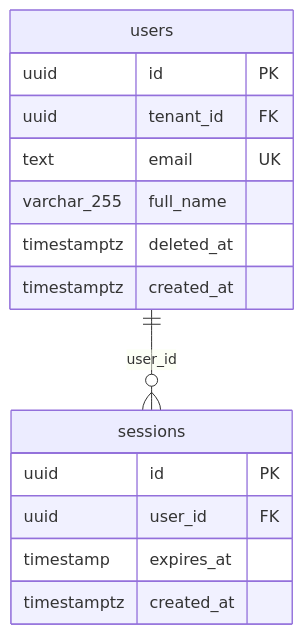
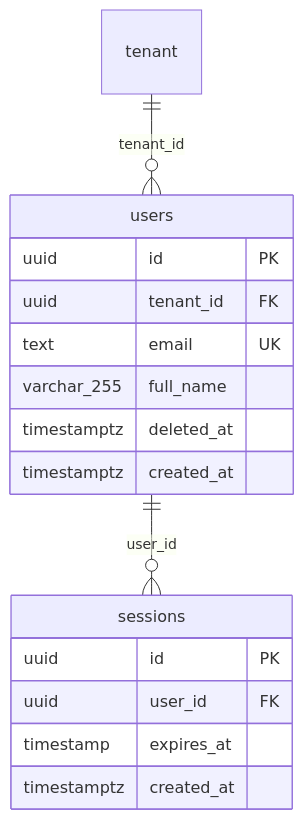
The diagram in skills/db-architecture-review/examples/out/domains/auth.md (greenstevester/archlens-postgres), drawn with Mermaid before and after one commit. The commit also changed other lines of this file and 28 other files, not shown here.

````diff
--- a/skills/db-architecture-review/examples/out/domains/auth.md
+++ b/skills/db-architecture-review/examples/out/domains/auth.md
@@ -7,18 +7,19 @@
 ```mermaid
 erDiagram
   users {
     uuid id PK
     uuid tenant_id FK
     text email UK
     varchar_255 full_name
     timestamptz deleted_at
     timestamptz created_at
   }
   sessions {
     uuid id PK
     uuid user_id FK
     timestamp expires_at
     timestamptz created_at
   }
+  tenant ||--o{ users : "tenant_id"
   users ||--o{ sessions : "user_id"
 ```
````
